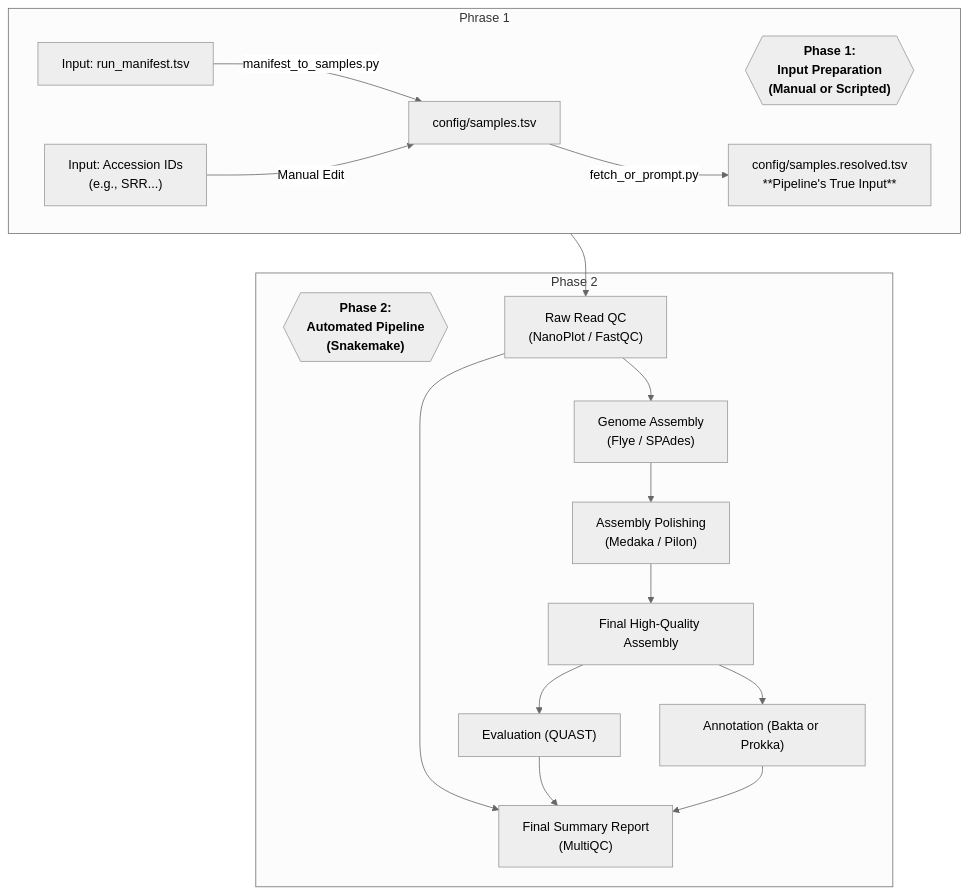
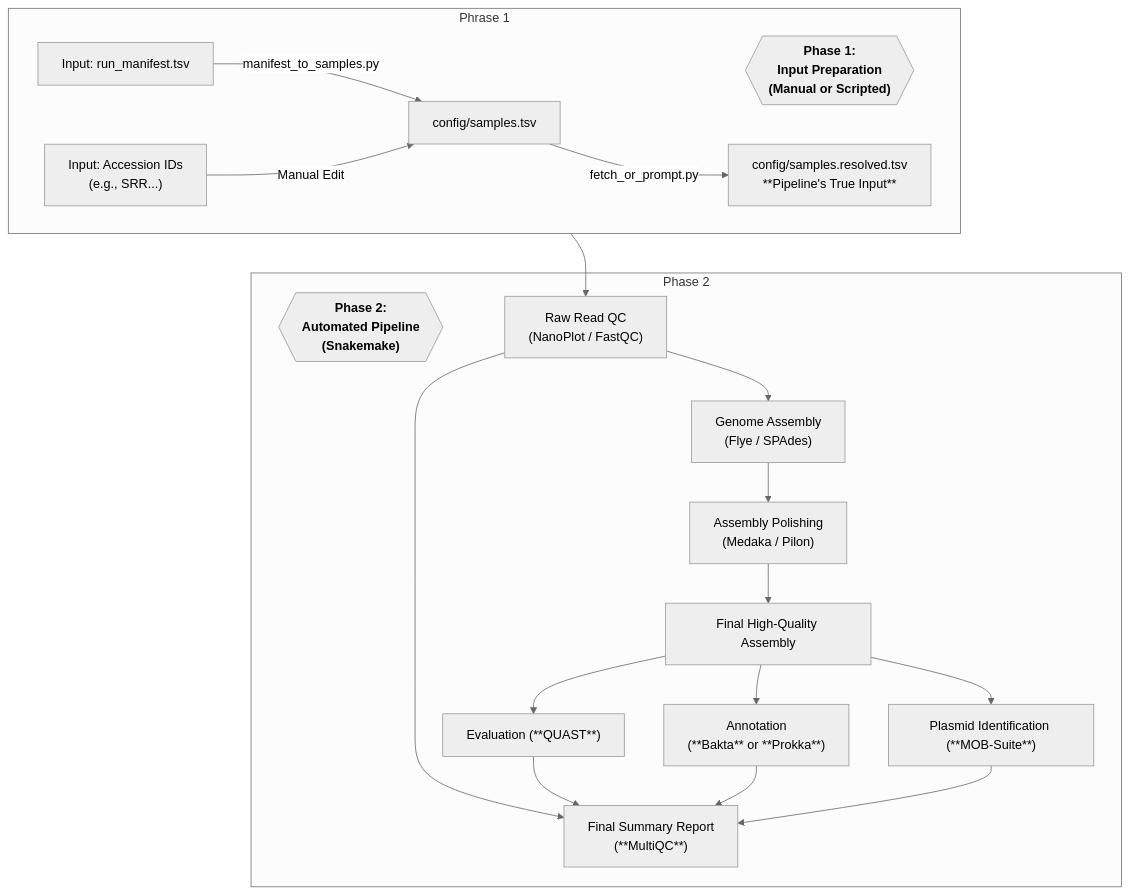
One commit to yukicyk/nanopore-bac-genome-assembly changed the diagram in README.md. Above: the diagram before and after it, drawn with Mermaid (neutral theme). The commit also changed 1 other file, not shown here.

Commit message:
[Documentation] Update SOP and README for plasmid feature

````diff
--- a/README.md
+++ b/README.md
@@ -26,29 +26,30 @@
 ```mermaid
    flowchart TD
     subgraph "Phrase 1"
         direction LR
         B ~~~ id1{{"`**Phase 1: 
         Input Preparation 
         (Manual or Scripted)**
      `"}}
         A["Input: run_manifest.tsv"] --> |manifest_to_samples.py| B["config/samples.tsv"];
         C["Input: Accession IDs <br> (e.g., SRR...)"] --> |Manual Edit| B;
         B --> |fetch_or_prompt.py| D["config/samples.resolved.tsv <br> **Pipeline's True Input**"];
     end
 
     subgraph "Phase 2"
         C ~~~ id2{{"`**Phase 2: 
         Automated Pipeline
         (Snakemake)**
         `"}}
         D --> E["Raw Read QC <br> (NanoPlot / FastQC)"];
         E --> F["Genome Assembly <br> (Flye / SPAdes)"];
         F --> G["Assembly Polishing <br> (Medaka / Pilon)"];
         G --> H["Final High-Quality Assembly"];
-        H --> I["Evaluation (QUAST)"];
-        H --> J["Annotation (Bakta or Prokka)"];
-        E & I & J --> K["Final Summary Report <br> (MultiQC)"];
+        H --> I["Evaluation (**QUAST**)"];
+        H --> J["Annotation <br> (**Bakta** or **Prokka**)"];
+        H --> L["Plasmid Identification (**MOB-Suite**)"]
+        E & I & J & L --> K["Final Summary Report <br> (**MultiQC**)"];
         
     end
 
 ```
````
